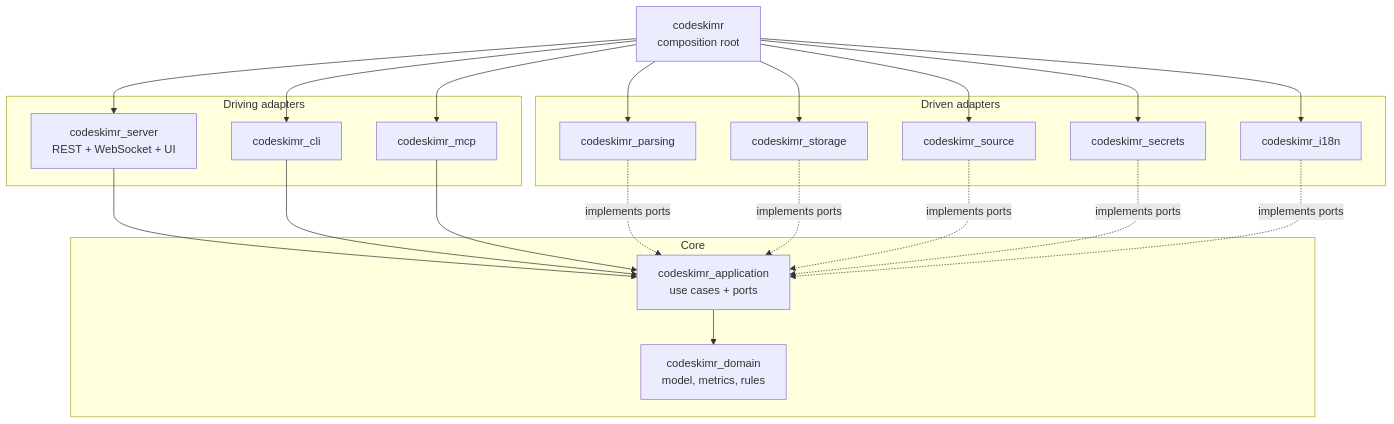
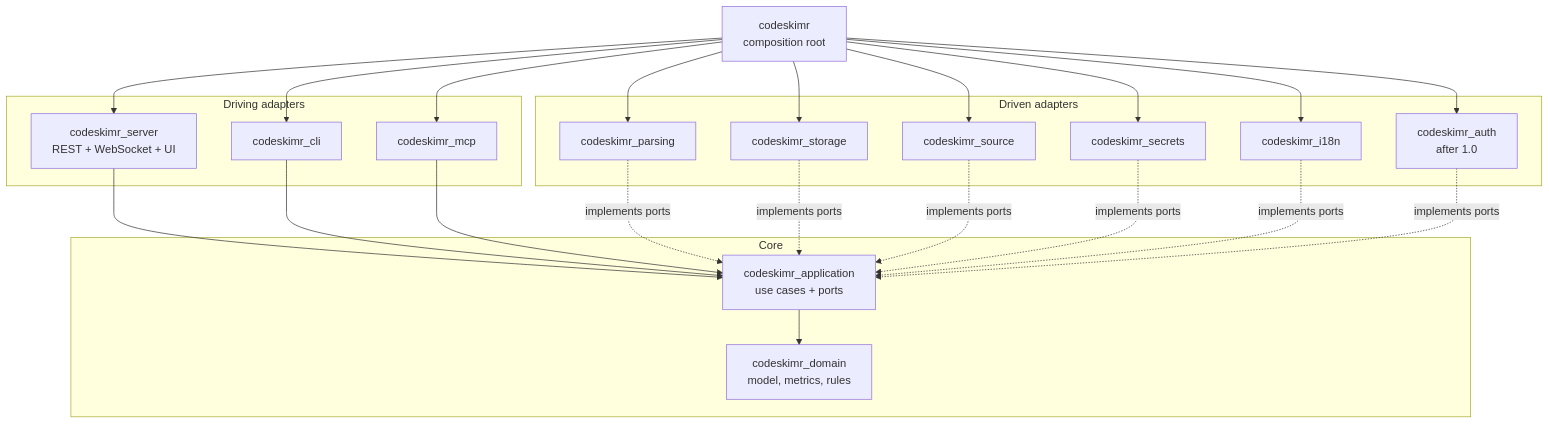
The first of 2 diagrams in BLUEPRINT.md (stacknoise/CodeSkimr), drawn with Mermaid before and after one commit. The commit also changed other lines of this file and 32 other files, not shown here.

````diff
--- a/BLUEPRINT.md
+++ b/BLUEPRINT.md
@@ -122,29 +122,31 @@
 ```mermaid
 flowchart TB
   subgraph Driving["Driving adapters"]
     SRV[codeskimr_server<br/>REST + WebSocket + UI]
     CLI[codeskimr_cli]
     MCP[codeskimr_mcp]
   end
   subgraph Core["Core"]
     APP[codeskimr_application<br/>use cases + ports]
     DOM[codeskimr_domain<br/>model, metrics, rules]
   end
   subgraph Driven["Driven adapters"]
     PAR[codeskimr_parsing]
     STO[codeskimr_storage]
     SRC[codeskimr_source]
     SEC[codeskimr_secrets]
     I18[codeskimr_i18n]
+    AUT[codeskimr_auth<br/>after 1.0]
   end
   SRV --> APP
   CLI --> APP
   MCP --> APP
   APP --> DOM
   PAR -.implements ports.-> APP
   STO -.implements ports.-> APP
   SRC -.implements ports.-> APP
   SEC -.implements ports.-> APP
   I18 -.implements ports.-> APP
-  BIN[codeskimr<br/>composition root] --> SRV & CLI & MCP & PAR & STO & SRC & SEC & I18
+  AUT -.implements ports.-> APP
+  BIN[codeskimr<br/>composition root] --> SRV & CLI & MCP & PAR & STO & SRC & SEC & I18 & AUT
 ```
````
